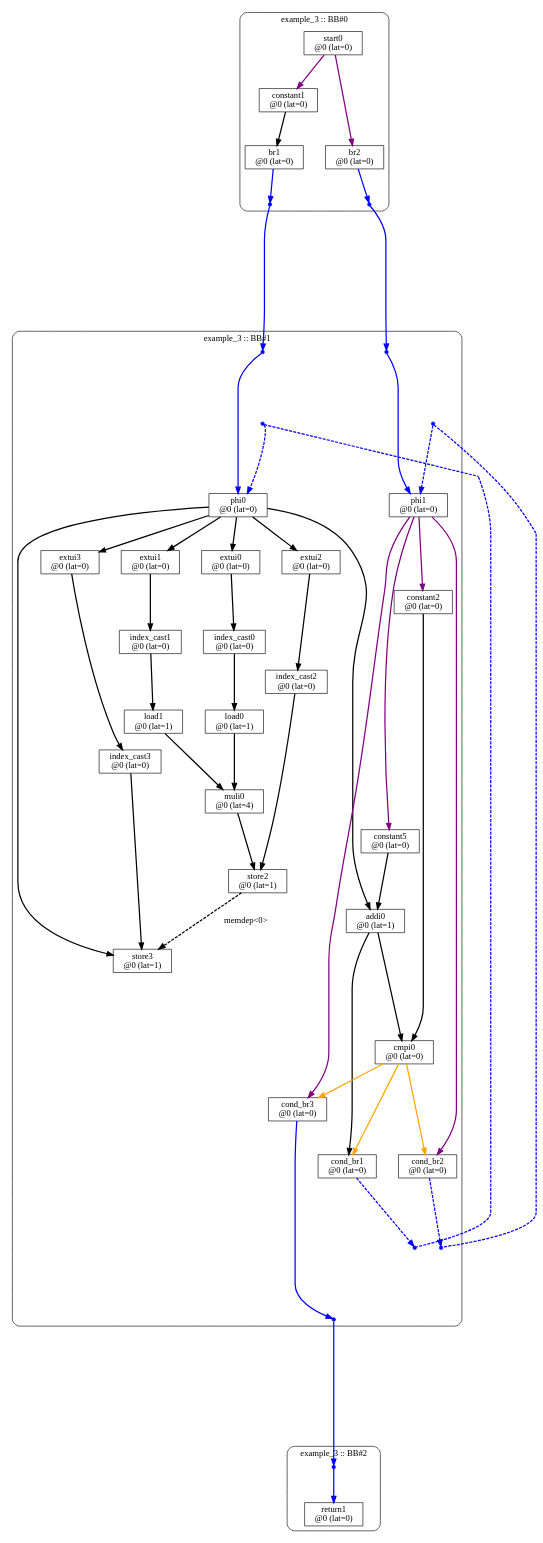
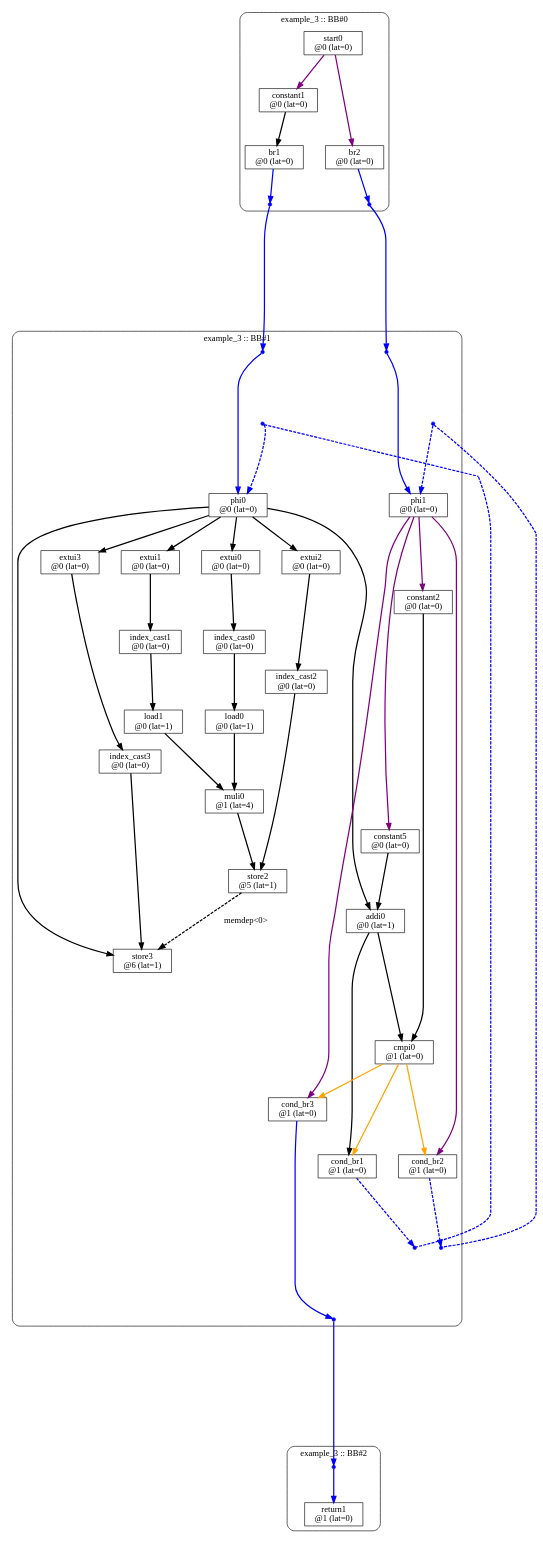
Before and after one commit to alecrav/sdc-project1-spring2026: the diagram in static-examples/example_3/out/comp/static-scheduling/static-scheduling-asap.dot, drawn with Graphviz. The commit also changed 135 other files, not shown here.

```diff
--- a/static-examples/example_3/out/comp/static-scheduling/static-scheduling-asap.dot
+++ b/static-examples/example_3/out/comp/static-scheduling/static-scheduling-asap.dot
@@ -1,129 +1,129 @@
 digraph ScheduledGraph {
   newrank=true;
   nodesep=0.5;
   ranksep=0.75;
   node [shape=box];
   edge [penwidth=2];
 
   subgraph cluster_example_3_bb0 {
     label="example_3 :: BB#0";
     style=rounded;
 
 
     start0 [label="start0\n@0 (lat=0)"];
     constant1 [label="constant1\n@0 (lat=0)"];
     br1 [label="br1\n@0 (lat=0)"];
     br2 [label="br2\n@0 (lat=0)"];
     {rank=same; br1; br2;}
     {rank=max; dot_1 [shape=point, width=0.08, color=blue]; dot_3 [shape=point, width=0.08, color=blue];}
 
   }
 
   start0 -> constant1 [color=purple];
   constant1 -> br1;
   start0 -> br2 [color=purple];
 
   subgraph cluster_example_3_bb1 {
     label="example_3 :: BB#1";
     style=rounded;
 
     phi0 [label="phi0\n@0 (lat=0)"];
     phi1 [label="phi1\n@0 (lat=0)"];
     constant2 [label="constant2\n@0 (lat=0)"];
     constant5 [label="constant5\n@0 (lat=0)"];
     extui0 [label="extui0\n@0 (lat=0)"];
     index_cast0 [label="index_cast0\n@0 (lat=0)"];
     load0 [label="load0\n@0 (lat=1)"];
     extui1 [label="extui1\n@0 (lat=0)"];
     index_cast1 [label="index_cast1\n@0 (lat=0)"];
     load1 [label="load1\n@0 (lat=1)"];
-    muli0 [label="muli0\n@0 (lat=4)"];
+    muli0 [label="muli0\n@1 (lat=4)"];
     extui2 [label="extui2\n@0 (lat=0)"];
     index_cast2 [label="index_cast2\n@0 (lat=0)"];
-    store2 [label="store2\n@0 (lat=1)"];
+    store2 [label="store2\n@5 (lat=1)"];
     extui3 [label="extui3\n@0 (lat=0)"];
     index_cast3 [label="index_cast3\n@0 (lat=0)"];
-    store3 [label="store3\n@0 (lat=1)"];
+    store3 [label="store3\n@6 (lat=1)"];
     addi0 [label="addi0\n@0 (lat=1)"];
-    cmpi0 [label="cmpi0\n@0 (lat=0)"];
-    cond_br1 [label="cond_br1\n@0 (lat=0)"];
-    cond_br2 [label="cond_br2\n@0 (lat=0)"];
-    cond_br3 [label="cond_br3\n@0 (lat=0)"];
+    cmpi0 [label="cmpi0\n@1 (lat=0)"];
+    cond_br1 [label="cond_br1\n@1 (lat=0)"];
+    cond_br2 [label="cond_br2\n@1 (lat=0)"];
+    cond_br3 [label="cond_br3\n@1 (lat=0)"];
     {rank=min; dot_0 [shape=point, width=0.08, color=blue]; dot_2 [shape=point, width=0.08, color=blue];}
     {rank=same; dot_6 [shape=point, width=0.08, color=blue]; dot_9 [shape=point, width=0.08, color=blue];}
     dot_0 -> dot_6 [style=invis, minlen=2];
     {rank=same; phi0; phi1;}
     dot_6 -> phi0 [style=invis, minlen=2];
     {rank=same; cond_br3;}
     {rank=same; cond_br1; cond_br2;}
     store2 -> cond_br3 [style=invis, minlen=3];
     store3 -> cond_br3 [style=invis, minlen=3];
     cond_br3 -> cond_br2 [style=invis];
     cond_br2 -> dot_7 [style=invis, minlen=2];
     {rank=same; dot_7 [shape=point, width=0.08, color=blue]; dot_10 [shape=point, width=0.08, color=blue];}
     {rank=max; dot_5 [shape=point, width=0.08, color=blue];}
     dot_7 -> dot_5 [style=invis, minlen=2];
 
   }
 
   phi1 -> constant2 [color=purple];
   phi1 -> constant5 [color=purple];
   phi0 -> extui0;
   extui0 -> index_cast0;
   index_cast0 -> load0;
   phi0 -> extui1;
   extui1 -> index_cast1;
   index_cast1 -> load1;
   load0 -> muli0;
   load1 -> muli0;
   phi0 -> extui2;
   extui2 -> index_cast2;
   muli0 -> store2;
   index_cast2 -> store2;
   phi0 -> extui3;
   extui3 -> index_cast3;
   phi0 -> store3;
   index_cast3 -> store3;
   phi0 -> addi0;
   constant5 -> addi0;
   addi0 -> cmpi0;
   constant2 -> cmpi0;
   cmpi0 -> cond_br1 [color=orange];
   addi0 -> cond_br1;
   cmpi0 -> cond_br2 [color=orange];
   phi1 -> cond_br2 [color=purple];
   cmpi0 -> cond_br3 [color=orange];
   phi1 -> cond_br3 [color=purple];
   store2 -> store3 [label="memdep<0>", style=dashed];
 
   subgraph cluster_example_3_bb2 {
     label="example_3 :: BB#2";
     style=rounded;
 
-    return1 [label="return1\n@0 (lat=0)"];
+    return1 [label="return1\n@1 (lat=0)"];
     {rank=min; dot_4 [shape=point, width=0.08, color=blue];}
 
   }
 
 
   dot_8 [shape=point, width=0, height=0, style=invis];
   dot_11 [shape=point, width=0, height=0, style=invis];
   br1 -> dot_1 [color=blue];
   dot_1 -> dot_0 [color=blue, minlen=4];
   dot_0 -> phi0 [color=blue];
   br2 -> dot_3 [color=blue];
   dot_3 -> dot_2 [color=blue, minlen=4];
   dot_2 -> phi1 [color=blue];
   cond_br3 -> dot_5 [color=blue];
   dot_5 -> dot_4 [color=blue, minlen=4];
   dot_4 -> return1 [color=blue];
   cond_br1 -> dot_7 [color=blue, style=dashed];
   dot_8 -> dot_7 [color=blue, style=dashed, arrowhead=none];
   dot_6 -> dot_8 [color=blue, style=dashed, arrowhead=none];
   dot_6 -> phi0 [color=blue, style=dashed];
   cond_br2 -> dot_10 [color=blue, style=dashed];
   dot_11 -> dot_10 [color=blue, style=dashed, arrowhead=none];
   dot_9 -> dot_11 [color=blue, style=dashed, arrowhead=none];
   dot_9 -> phi1 [color=blue, style=dashed];
 
 }
```
